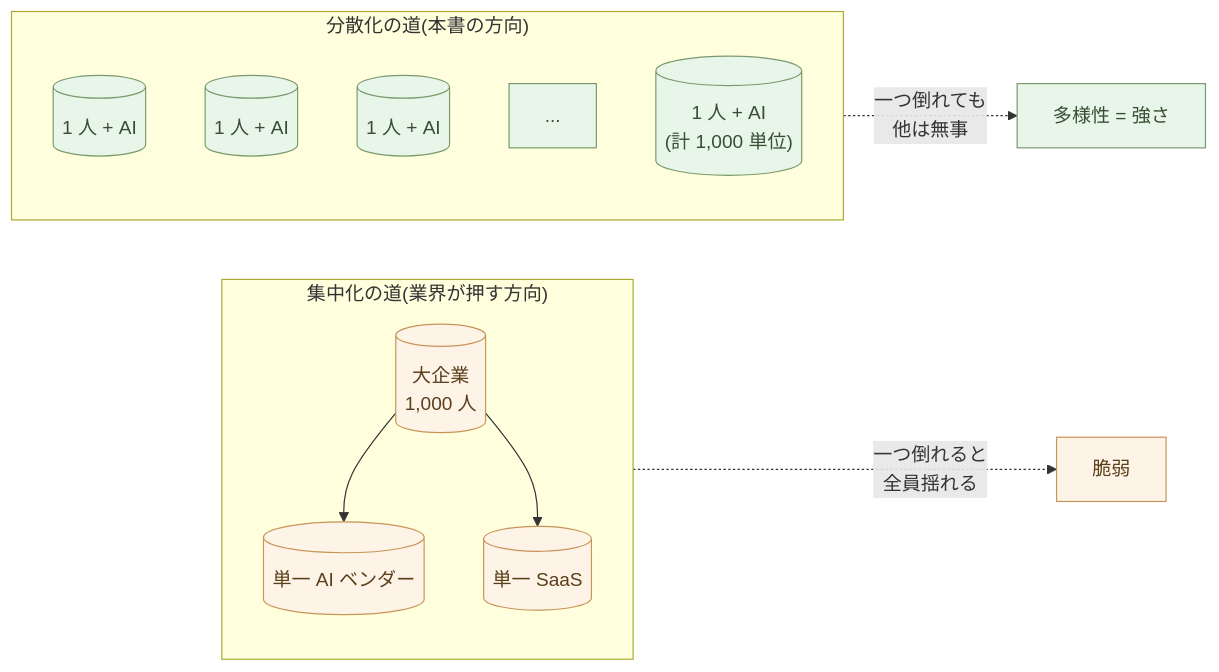
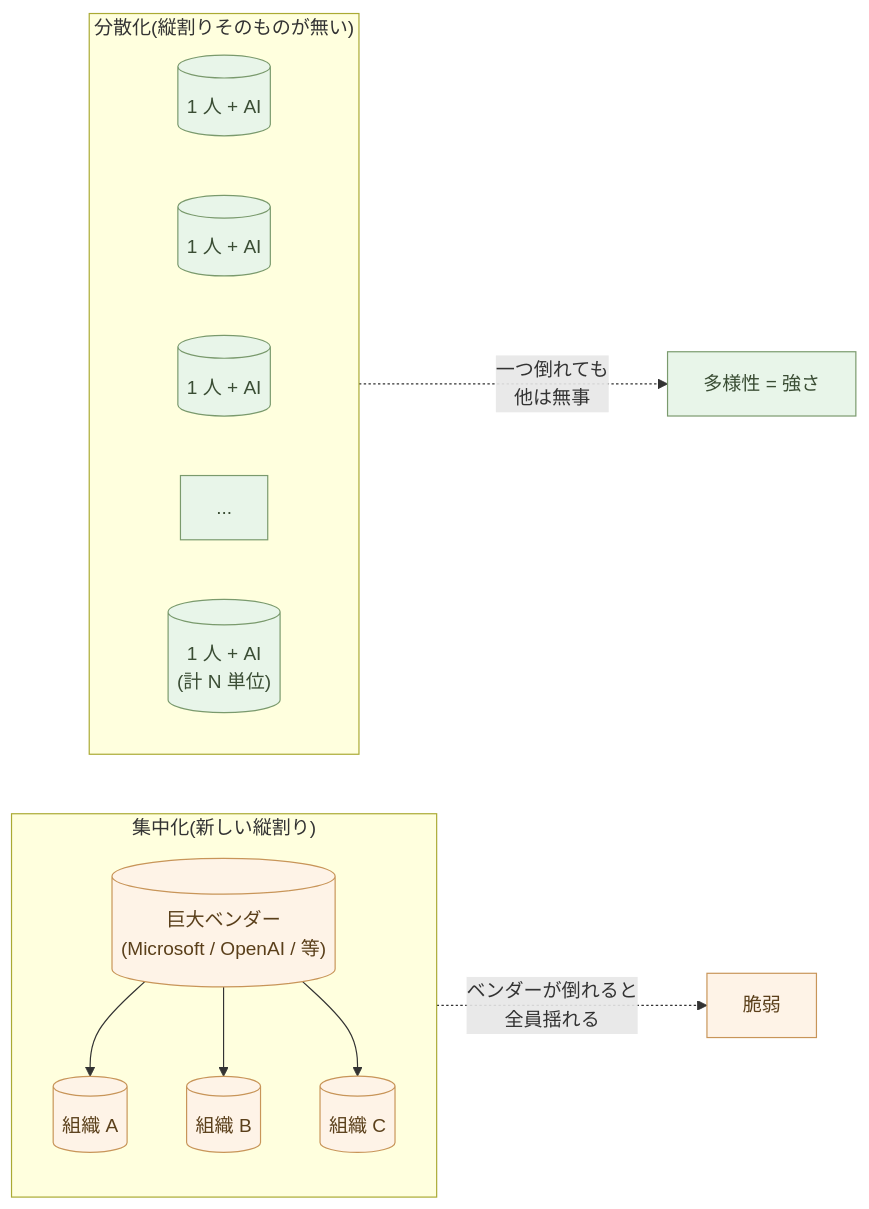
The second of 2 diagrams in articles/ai-native-ways/12-one-plus-ai/ja.md (aiseed-dev/website), drawn with Mermaid before and after one commit. The commit also changed other lines of this file and 1 other file, not shown here.

````diff
--- a/articles/ai-native-ways/12-one-plus-ai/ja.md
+++ b/articles/ai-native-ways/12-one-plus-ai/ja.md
@@ -149,26 +298,29 @@
 ```mermaid
 flowchart LR
-  subgraph Central["集中化の道(業界が押す方向)"]
-    Big[("大企業<br/>1,000 人")]
-    Vendor1[("単一 AI ベンダー")]
-    Vendor2[("単一 SaaS")]
-    Big --> Vendor1
-    Big --> Vendor2
+  subgraph Central["集中化(新しい縦割り)"]
+    Big[("巨大ベンダー<br/>(Microsoft / OpenAI / 等)")]
+    A[("組織 A")]
+    B[("組織 B")]
+    C[("組織 C")]
+    Big --> A
+    Big --> B
+    Big --> C
   end
 
-  subgraph Distributed["分散化の道(本書の方向)"]
+  subgraph Distributed["分散化(縦割りそのものが無い)"]
+    direction LR
     U1[("1 人 + AI")]
     U2[("1 人 + AI")]
     U3[("1 人 + AI")]
     Udots["..."]
-    U1000[("1 人 + AI<br/>(計 1,000 単位)")]
+    U1000[("1 人 + AI<br/>(計 N 単位)")]
   end
 
-  Central -.->|一つ倒れると<br/>全員揺れる| Risk1["脆弱"]
+  Central -.->|ベンダーが倒れると<br/>全員揺れる| Risk1["脆弱"]
   Distributed -.->|一つ倒れても<br/>他は無事| Strong["多様性 = 強さ"]
 
   classDef center fill:#fef3e7,stroke:#c89559,color:#5a3f1a
   classDef dist fill:#e8f5e9,stroke:#7a9a6d,color:#3a4d34
-  class Big,Vendor1,Vendor2,Risk1 center
+  class Big,A,B,C,Risk1 center
   class U1,U2,U3,Udots,U1000,Strong dist
 ```
````
